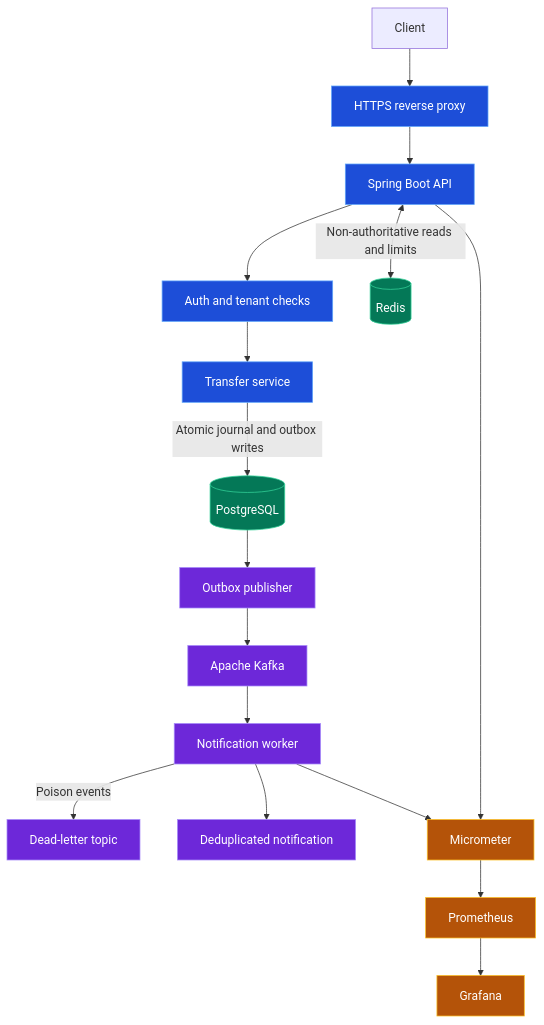
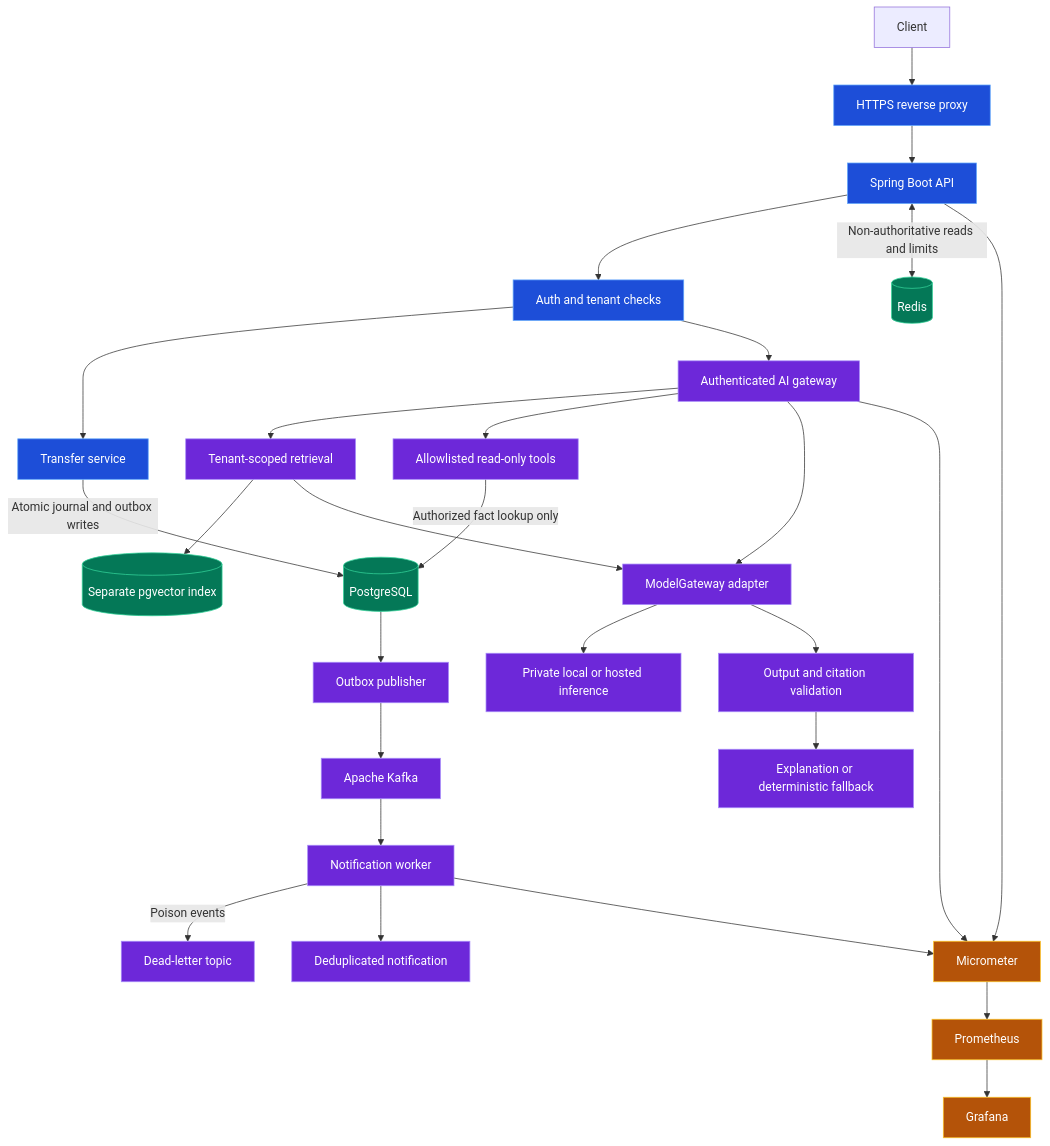
Before and after one commit to Abhishek-09-Tomar/Project-Forge27: the second of 2 diagrams in README.md, drawn with Mermaid. The commit also changed other lines of this file, not shown here.

````diff
--- a/README.md
+++ b/README.md
@@ -392,26 +650,39 @@
 ```mermaid
 flowchart TD
     U[Client] --> P[HTTPS reverse proxy]
     P --> S[Spring Boot API]
     S --> A[Auth and tenant checks]
     A --> L[Transfer service]
+    A --> AI[Authenticated AI gateway]
+    AI --> RET[Tenant-scoped retrieval]
+    RET --> V[(Separate pgvector index)]
+    AI --> T[Allowlisted read-only tools]
+    T -->|Authorized fact lookup only| DB
+    AI --> MG[ModelGateway adapter]
+    RET --> MG
+    MG --> LM[Private local or hosted inference]
+    MG --> VAL[Output and citation validation]
+    VAL --> F[Explanation or deterministic fallback]
+    AI --> M
     L -->|Atomic journal and outbox writes| DB[(PostgreSQL)]
     S <-->|Non-authoritative reads and limits| R[(Redis)]
     DB --> O[Outbox publisher]
     O --> K[Apache Kafka]
     K --> W[Notification worker]
     W -->|Poison events| DLT[Dead-letter topic]
     W --> N[Deduplicated notification]
     S --> M[Micrometer]
     W --> M
     M --> PR[Prometheus]
     PR --> G[Grafana]
     classDef api fill:#1d4ed8,stroke:#60a5fa,color:#fff
     classDef data fill:#047857,stroke:#34d399,color:#fff
     classDef async fill:#6d28d9,stroke:#a78bfa,color:#fff
     classDef obs fill:#b45309,stroke:#fbbf24,color:#fff
     class P,S,A,L api
     class DB,R data
     class O,K,W,DLT,N async
     class M,PR,G obs
+    class AI,RET,T,MG,LM,VAL,F async
+    class V data
 ```
````
